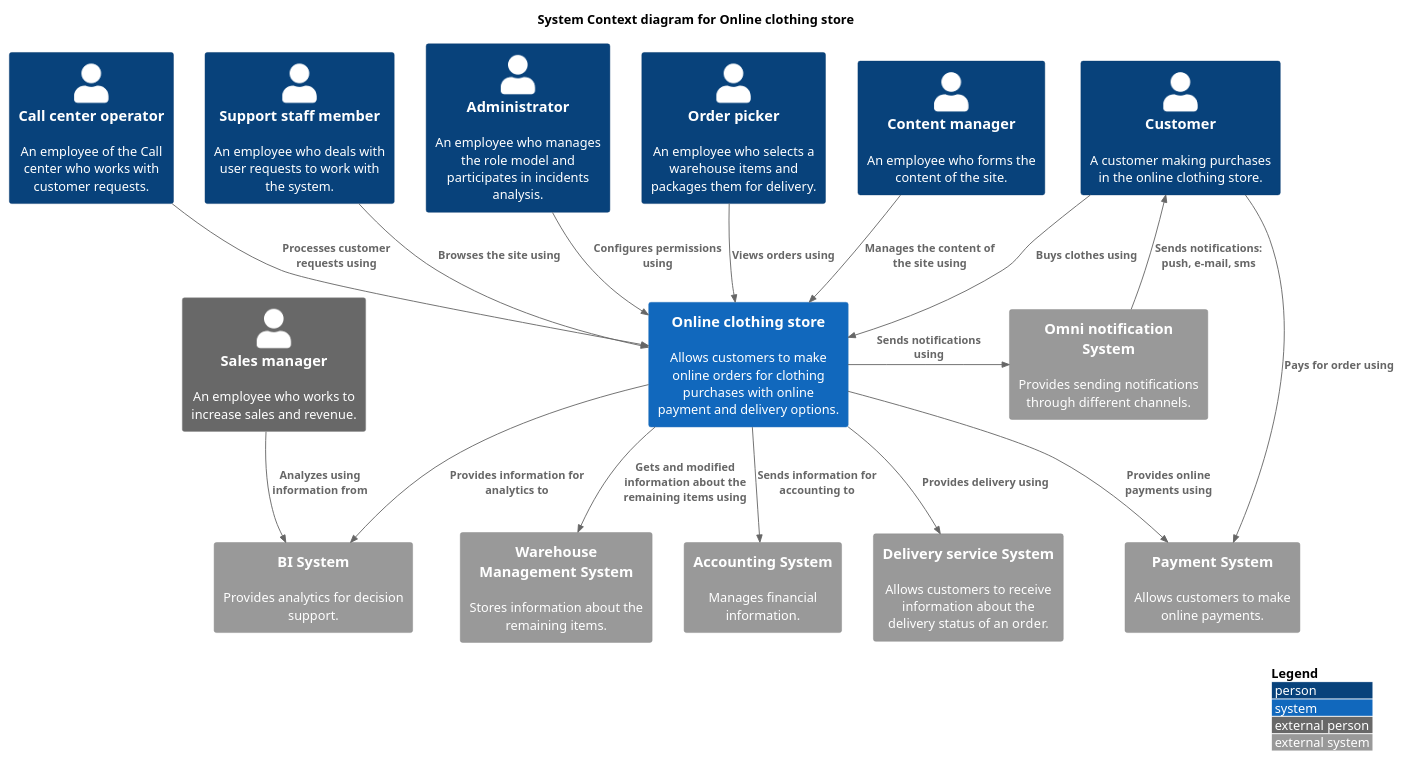
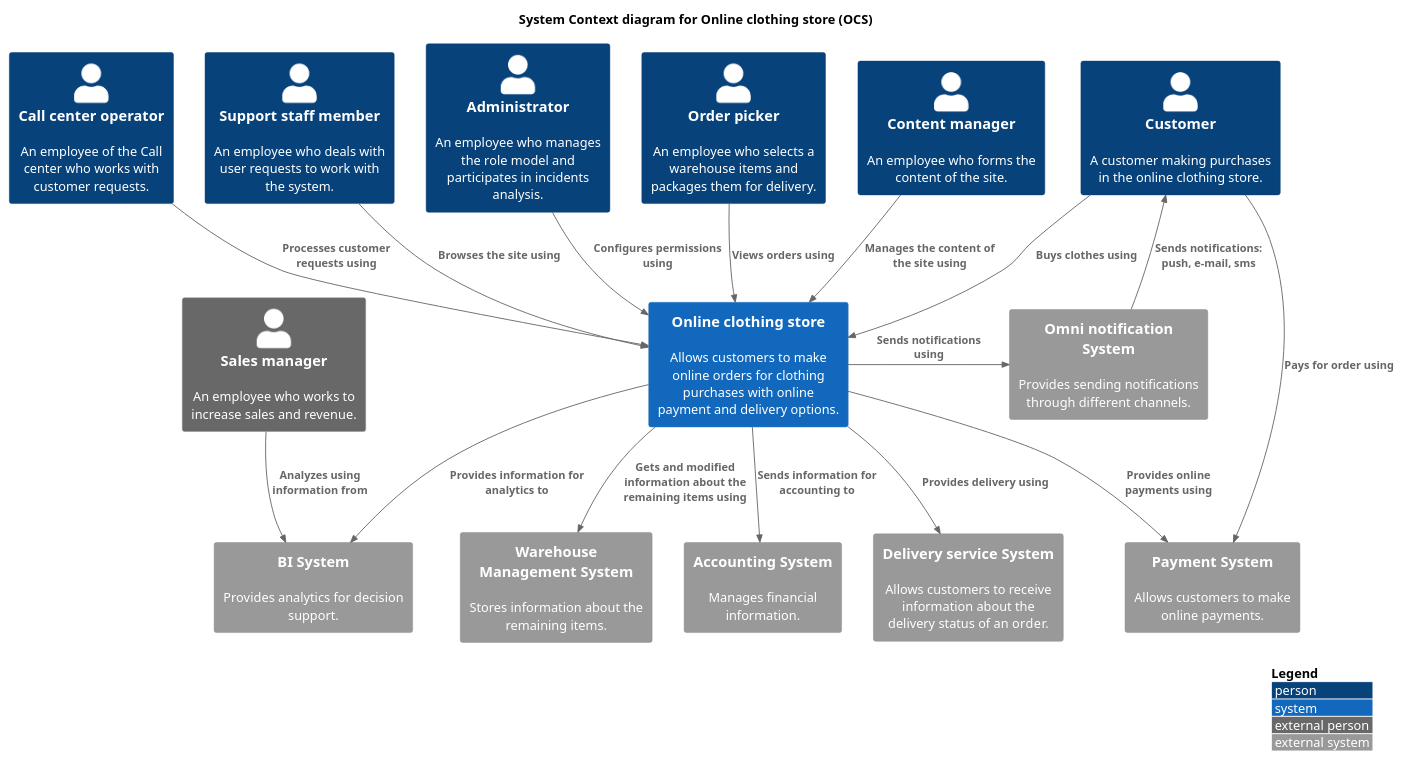
One commit to ShJane/Online-clothing-store-example changed the diagram in c4-system-context-ocs.puml. Above: the diagram before and after it, drawn with PlantUML.

```diff
--- a/c4-system-context-ocs.puml
+++ b/c4-system-context-ocs.puml
@@ -1,41 +1,43 @@
 @startuml
 !include https://raw.githubusercontent.com/plantuml-stdlib/C4-PlantUML/master/C4_Context.puml
 ' uncomment the following line and comment the first to use locally
 ' !include C4_Context.puml
  
 LAYOUT_WITH_LEGEND()
  
-title System Context diagram for Online clothing store
+title System Context diagram for Online clothing store (OCS)
  
 Person(customer, "Сustomer", "A customer making purchases in the online clothing store.")
 Person(content_manager, "Content manager", "An employee who forms the content of the site.")
 Person(сall_center, "Call center operator", "An employee of the Call center who works with customer requests.")
 Person(support, "Support staff member", "An employee who deals with user requests to work with the system.")
 Person(administrator, "Administrator", "An employee who manages the role model and participates in incidents analysis.")
 Person(order_picker, "Order picker", "An employee who selects a warehouse items and packages them for delivery.")
 Person_Ext(sales_manager, "Sales manager", "An employee who works to increase sales and revenue.")
+
 System(store_system, "Online clothing store", "Allows customers to make online orders for clothing purchases with online payment and delivery options.")
  
 System_Ext(notification_system, "Omni notification System", "Provides sending notifications through different channels.")
 System_Ext(payment_system, "Payment System", "Allows customers to make online payments.")
 System_Ext(delivery_system, "Delivery service System", "Allows customers to receive information about the delivery status of an order.")
 System_Ext(WMS, "Warehouse Management System", "Stores information about the remaining items.")
 System_Ext(accounting_system, "Accounting System", "Manages financial information.")
 System_Ext(BI, "BI System", "Provides analytics for decision support.")
 
 Rel(customer, store_system, "Buys clothes using")
 Rel(support, store_system, "Browses the site using")
 Rel(administrator, store_system, "Configures permissions using")
 Rel(сall_center, store_system, "Processes customer requests using")
 Rel(content_manager, store_system, "Manages the content of the site using")
 Rel_Back(customer, notification_system, "Sends notifications: push, e-mail, sms")
 Rel_Neighbor(store_system, notification_system, "Sends notifications using")
 Rel(store_system, payment_system, "Provides online payments using")
 Rel(customer, payment_system, "Pays for order using")
 Rel(order_picker, store_system, "Views orders using")
 Rel(store_system, delivery_system, "Provides delivery using")
 Rel(store_system, WMS, "Gets and modified information about the remaining items using")
 Rel(store_system, BI, "Provides information for analytics to")
 Rel(sales_manager, BI, "Analyzes using information from ")
 Rel(store_system, accounting_system, "Sends information for accounting to")
+
 @enduml
```
